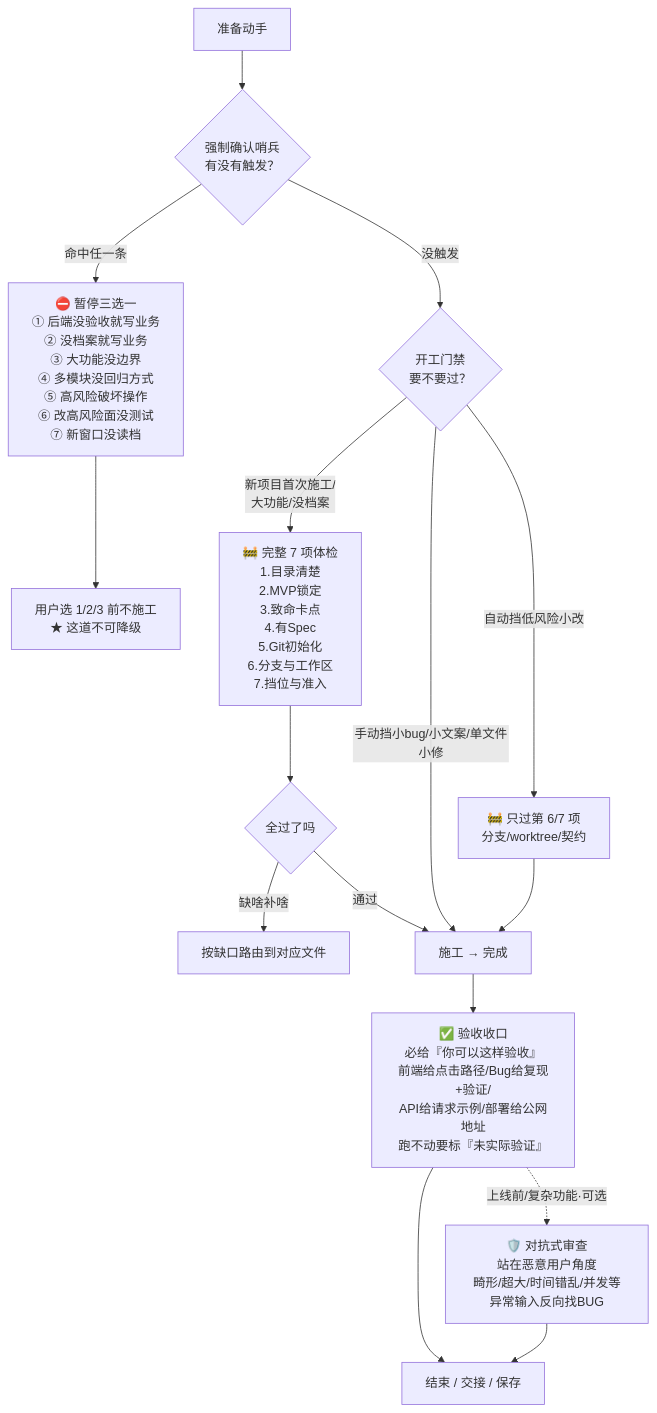
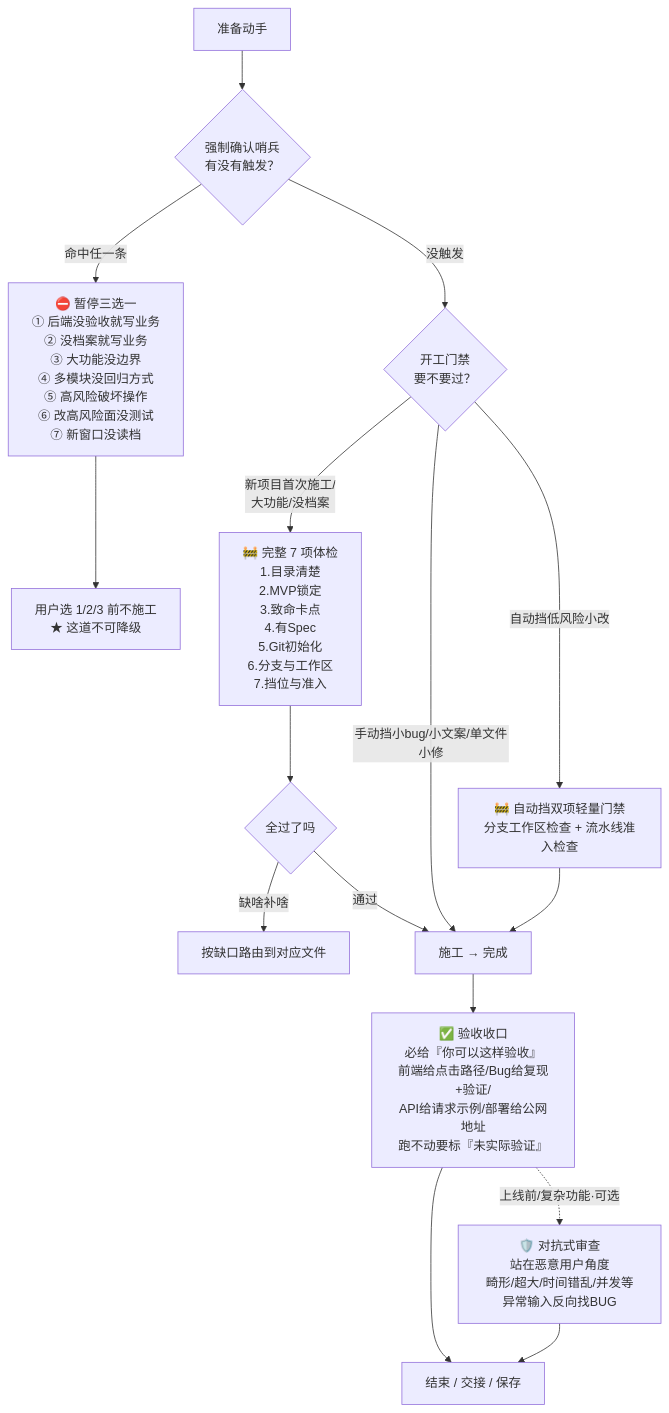
The third of 3 diagrams in FLOWCHART.md (kunkunzi996/kun-router), drawn with Mermaid before and after one commit. The commit also changed other lines of this file and 5 other files, not shown here.

````diff
--- a/FLOWCHART.md
+++ b/FLOWCHART.md
@@ -110,20 +110,20 @@
 ```mermaid
 flowchart TD
     S[准备动手] --> Q1{强制确认哨兵<br/>有没有触发？}
     Q1 -- 命中任一条 --> STOP1[⛔ 暂停三选一<br/>① 后端没验收就写业务<br/>② 没档案就写业务<br/>③ 大功能没边界<br/>④ 多模块没回归方式<br/>⑤ 高风险破坏操作<br/>⑥ 改高风险面没测试<br/>⑦ 新窗口没读档]
     STOP1 --> WAIT[用户选 1/2/3 前不施工<br/>★ 这道不可降级]
     Q1 -- 没触发 --> Q2
 
     Q2{开工门禁<br/>要不要过？} -- 新项目首次施工/<br/>大功能/没档案 --> GATE[🚧 完整 7 项体检<br/>1.目录清楚<br/>2.MVP锁定<br/>3.致命卡点<br/>4.有Spec<br/>5.Git初始化<br/>6.分支与工作区<br/>7.挡位与准入]
     GATE --> GATEOK{全过了吗}
     GATEOK -- 缺啥补啥 --> ROUTE[按缺口路由到对应文件]
     GATEOK -- 通过 --> Q3
     Q2 -- 手动挡小bug/小文案/单文件小修 --> Q3
-    Q2 -- 自动挡低风险小改 --> LIGHT[🚧 只过第 6/7 项<br/>分支/worktree/契约]
+    Q2 -- 自动挡低风险小改 --> LIGHT[🚧 自动挡双项轻量门禁<br/>分支工作区检查 + 流水线准入检查]
     LIGHT --> Q3
 
     Q3[施工 → 完成] --> ACC[✅ 验收收口<br/>必给『你可以这样验收』<br/>前端给点击路径/Bug给复现+验证/<br/>API给请求示例/部署给公网地址<br/>跑不动要标『未实际验证』]
     ACC --> DONE[结束 / 交接 / 保存]
     ACC -. 上线前/复杂功能·可选 .-> ADV[🛡️ 对抗式审查<br/>站在恶意用户角度<br/>畸形/超大/时间错乱/并发等异常输入反向找BUG]
     ADV --> DONE
 ```
````
